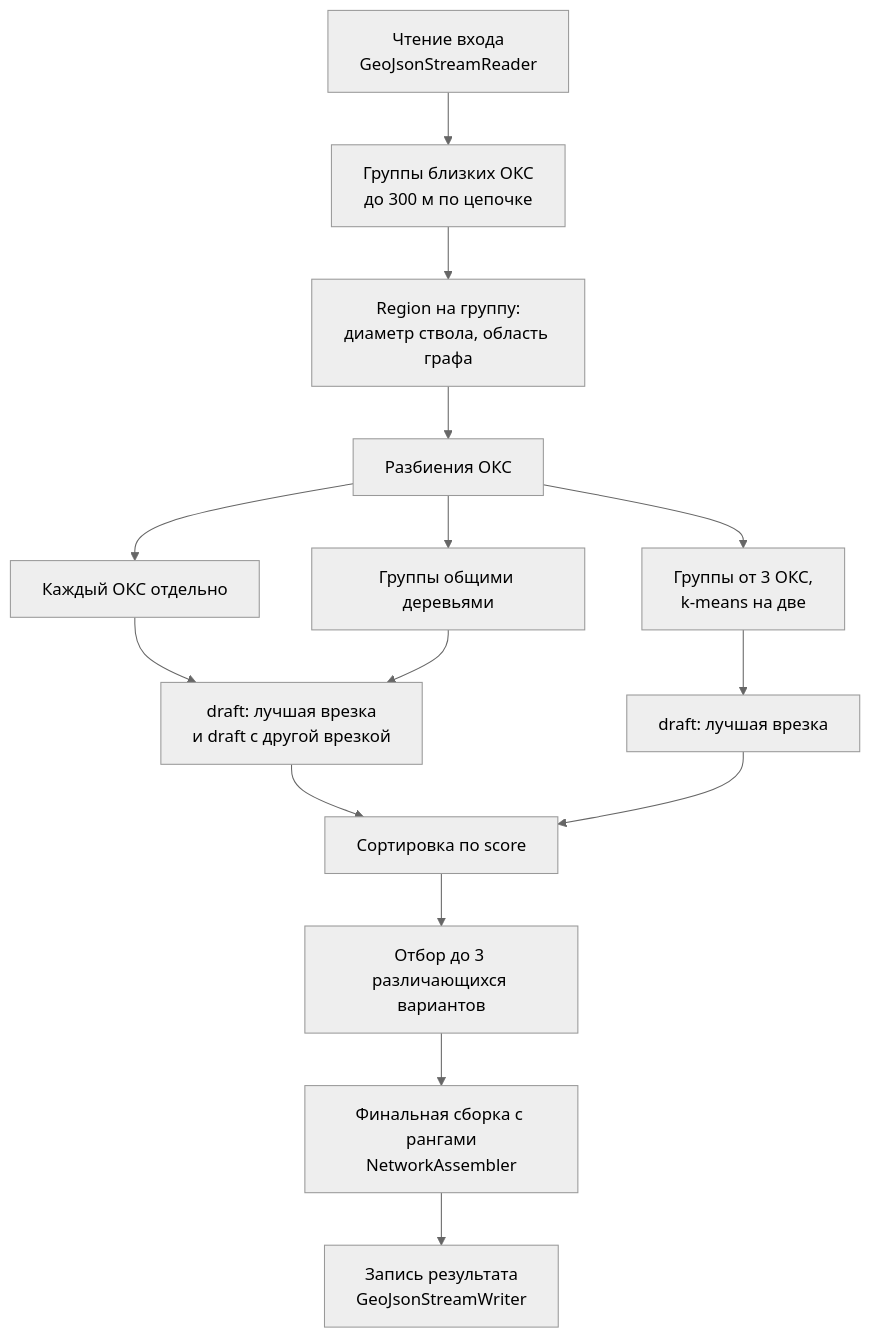
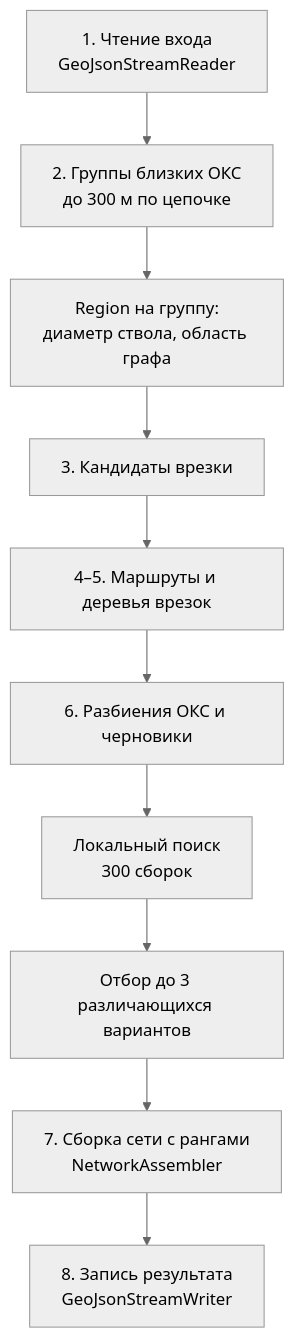
The fourth of 6 diagrams in architecture/ARCHITECTURE.md (NewaccOOO/LCT), drawn with Mermaid (neutral theme) before and after one commit. The commit also changed other lines of this file and 8 other files, not shown here.

Commit message:
Оформление ARCHITECTURE, BACKEND и индекса документов: схемы графа, дерева, спецпереходов, реконструкции и ходов поиска

````diff
--- a/architecture/ARCHITECTURE.md
+++ b/architecture/ARCHITECTURE.md
@@ -105,17 +126,12 @@
 ```mermaid
 flowchart TD
-    read[Чтение входа<br/>GeoJsonStreamReader] --> groups[Группы близких ОКС<br/>до 300 м по цепочке]
+    read[1. Чтение входа<br/>GeoJsonStreamReader] --> groups[2. Группы близких ОКС<br/>до 300 м по цепочке]
     groups --> region[Region на группу:<br/>диаметр ствола, область графа]
-    region --> partitions[Разбиения ОКС]
-    partitions --> singles[Каждый ОКС отдельно]
-    partitions --> grouped[Группы общими деревьями]
-    partitions --> split[Группы от 3 ОКС,<br/>k-means на две]
-    singles --> draft[draft: лучшая врезка<br/>и draft с другой врезкой]
-    grouped --> draft
-    split --> draftBest[draft: лучшая врезка]
-    draft --> sort[Сортировка по score]
-    draftBest --> sort
-    sort --> pick[Отбор до 3 различающихся вариантов]
-    pick --> assemble[Финальная сборка с рангами<br/>NetworkAssembler]
-    assemble --> write[Запись результата<br/>GeoJsonStreamWriter]
+    region --> ties[3. Кандидаты врезки]
+    ties --> tree[4–5. Маршруты и деревья врезок]
+    tree --> partitions[6. Разбиения ОКС и черновики]
+    partitions --> search[Локальный поиск<br/>300 сборок]
+    search --> pick[Отбор до 3 различающихся вариантов]
+    pick --> assemble[7. Сборка сети с рангами<br/>NetworkAssembler]
+    assemble --> write[8. Запись результата<br/>GeoJsonStreamWriter]
 ```
````
